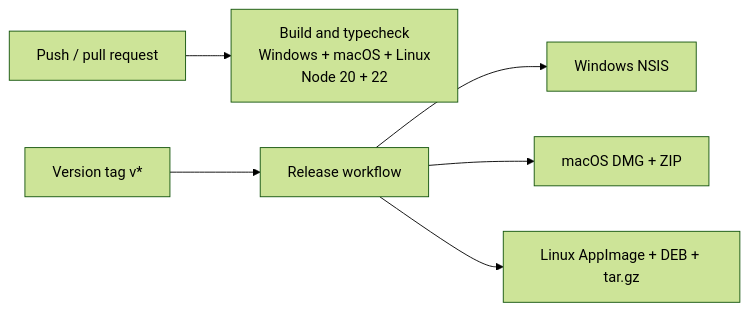
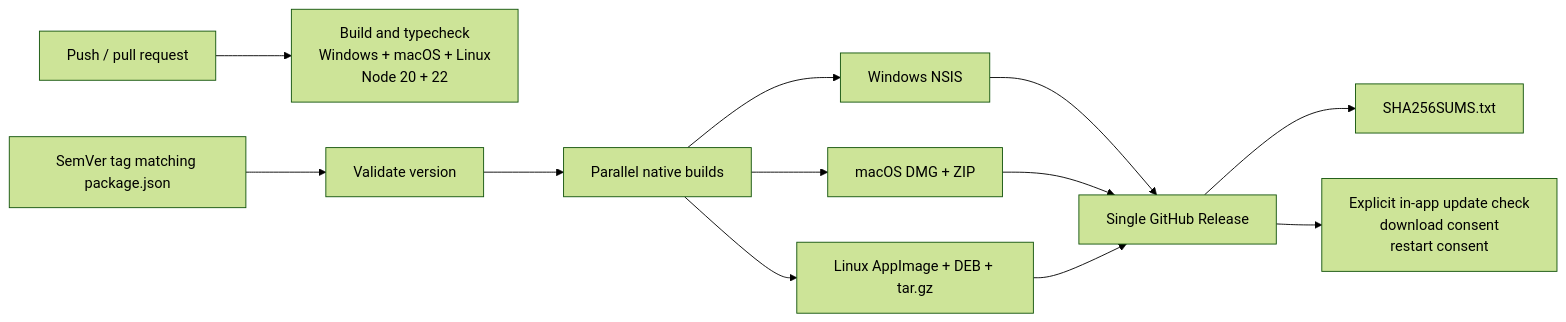
Before and after one commit to BlockFrame/AI-workspace: the fifth of 5 diagrams in docs/architecture.md, drawn with Mermaid (forest theme). The commit also changed other lines of this file and 12 other files, not shown here.

````diff
--- a/docs/architecture.md
+++ b/docs/architecture.md
@@ -256,8 +256,14 @@
 ```mermaid
 flowchart LR
     C["Push / pull request"] --> CI["Build and typecheck<br/>Windows + macOS + Linux<br/>Node 20 + 22"]
-    T["Version tag v*"] --> R["Release workflow"]
+    T["SemVer tag matching package.json"] --> V["Validate version"]
+    V --> R["Parallel native builds"]
     R --> W["Windows NSIS"]
     R --> M["macOS DMG + ZIP"]
     R --> L["Linux AppImage + DEB + tar.gz"]
+    W --> P["Single GitHub Release"]
+    M --> P
+    L --> P
+    P --> S["SHA256SUMS.txt"]
+    P --> U["Explicit in-app update check<br/>download consent<br/>restart consent"]
 ```
````
